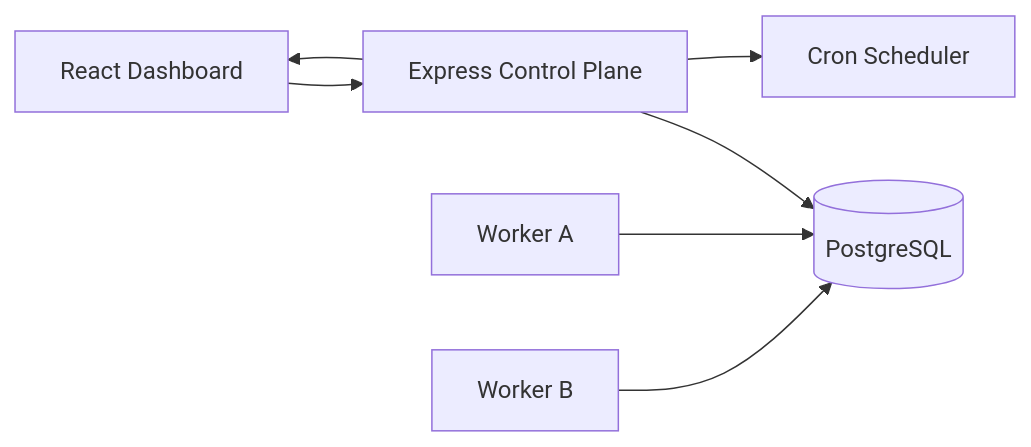
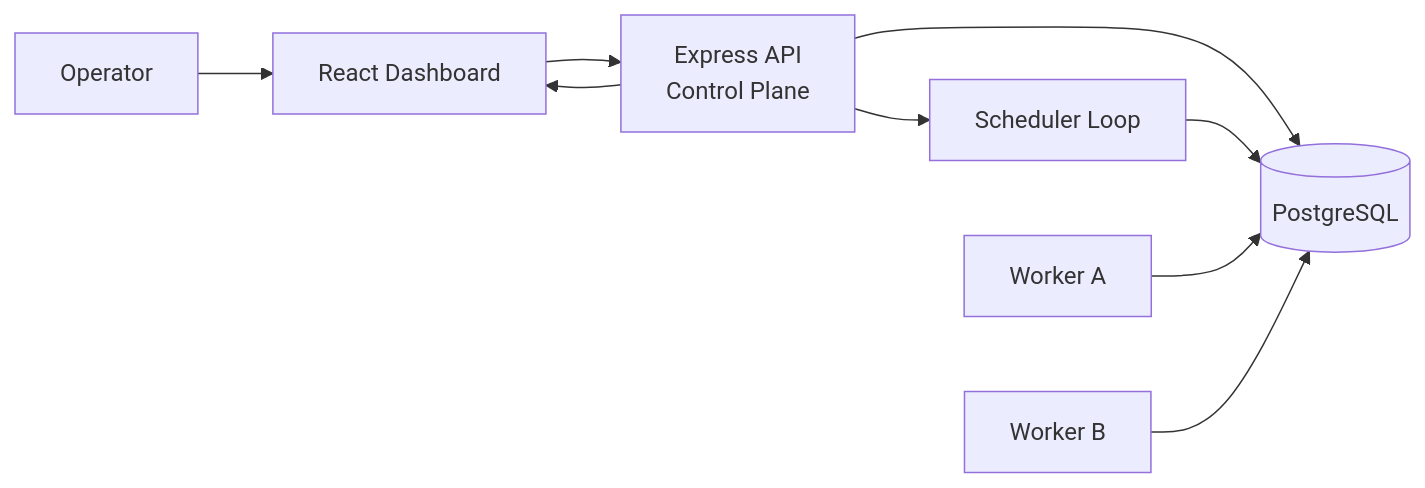
One commit to namanmahajan2020/Distributed-Job-Scheduler changed the first of 6 diagrams in RA2311003011711.md. Above: the diagram before and after it, drawn with Mermaid. The commit also changed other lines of this file, not shown here.

````diff
--- a/RA2311003011711.md
+++ b/RA2311003011711.md
@@ -196,9 +333,19 @@
 ```mermaid
 flowchart LR
-  Web[React Dashboard] --> API[Express Control Plane]
-  API --> PG[(PostgreSQL)]
-  API --> Scheduler[Cron Scheduler]
-  WorkerA[Worker A] --> PG
-  WorkerB[Worker B] --> PG
+  Operator[Operator]
+  Web[React Dashboard]
+  API[Express API<br/>Control Plane]
+  Scheduler[Scheduler Loop]
+  WorkerA[Worker A]
+  WorkerB[Worker B]
+  PG[(PostgreSQL)]
+
+  Operator --> Web
+  Web --> API
+  API --> PG
+  API --> Scheduler
+  Scheduler --> PG
+  WorkerA --> PG
+  WorkerB --> PG
   API --> Web
 ```
````
